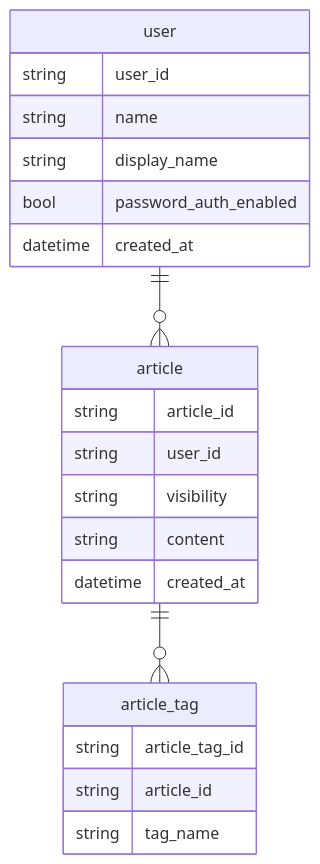
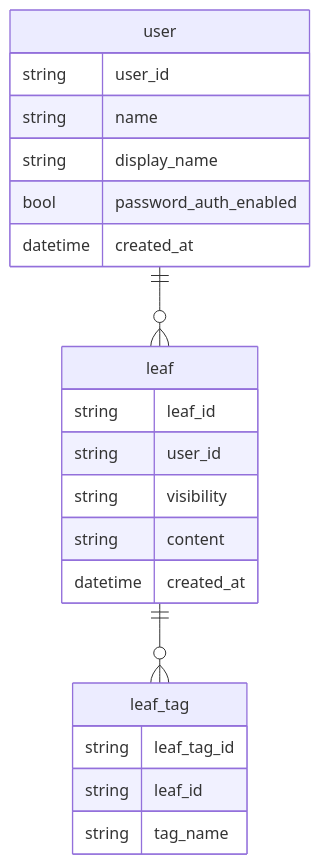
Before and after one commit to frost-community/frost: the seventh of 8 diagrams in backend/docs/db.md, drawn with Mermaid. The commit also changed other lines of this file and 1 other file, not shown here.

````diff
--- a/backend/docs/db.md
+++ b/backend/docs/db.md
@@ -153,28 +153,28 @@
 ```mermaid
 erDiagram
   user {
     string user_id
     string name
     string display_name
     bool password_auth_enabled
     datetime created_at
   }
 
-  user ||--o{ article : ""
+  user ||--o{ leaf : ""
 
-  article {
-    string article_id
+  leaf {
+    string leaf_id
     string user_id
     string visibility
     string content
     datetime created_at
   }
 
-  article ||--o{ article_tag : ""
+  leaf ||--o{ leaf_tag : ""
 
-  article_tag {
-    string article_tag_id
-    string article_id
+  leaf_tag {
+    string leaf_tag_id
+    string leaf_id
     string tag_name
   }
 ```
````
